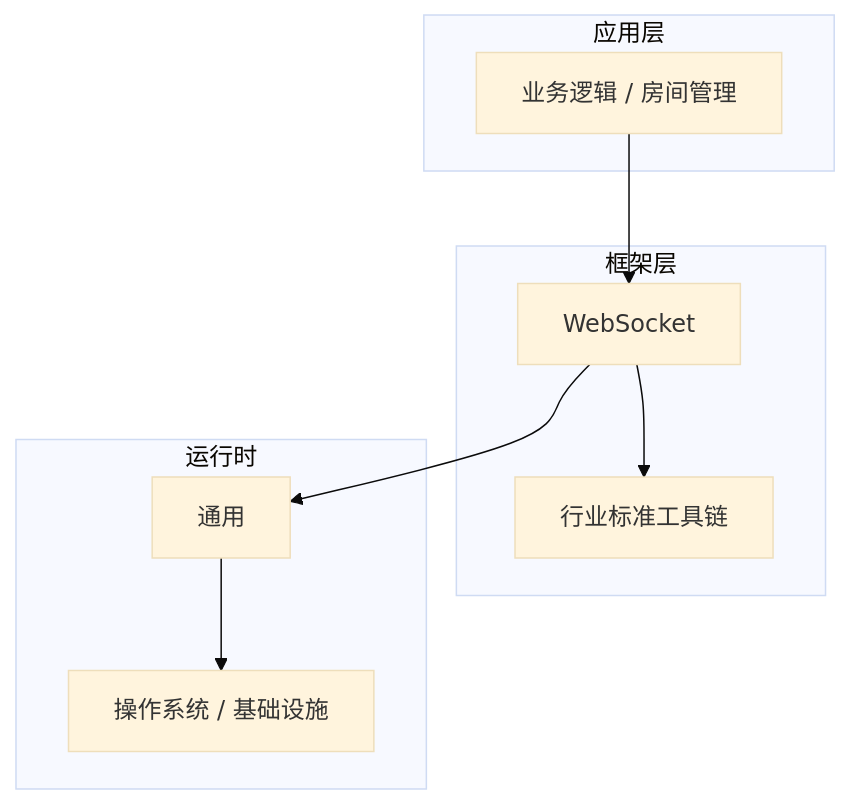
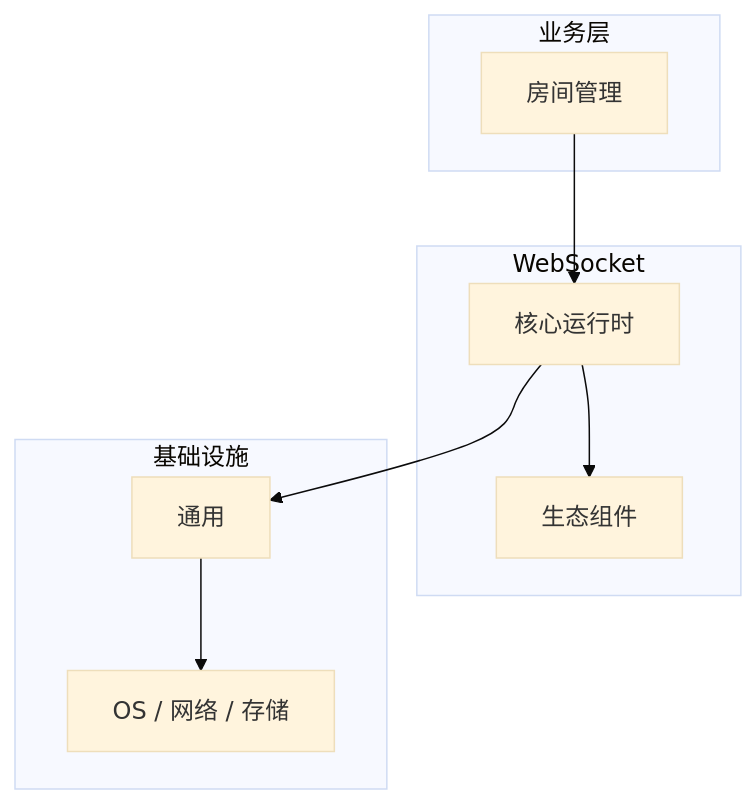
The diagram in articles/WebSocket/chapters/036-房间管理核心概念与原理.md (yanggan2015/knowledge-json-v2), drawn with Mermaid (base theme) before and after one commit. The commit also changed other lines of this file and 10127 other files, not shown here.

````diff
--- a/articles/WebSocket/chapters/036-房间管理核心概念与原理.md
+++ b/articles/WebSocket/chapters/036-房间管理核心概念与原理.md
@@ -45,18 +34,18 @@
 ```mermaid
 graph TB
-    subgraph 应用层
-        A[业务逻辑 / 房间管理]
+    subgraph 业务层
+        A[房间管理]
     end
-    subgraph 框架层
-        B[WebSocket]
-        C[行业标准工具链]
+    subgraph WebSocket
+        B[核心运行时]
+        C[生态组件]
     end
-    subgraph 运行时
+    subgraph 基础设施
         D[通用]
-        E[操作系统 / 基础设施]
+        E[OS / 网络 / 存储]
     end
     A --> B
     B --> C
     B --> D
     D --> E
 ```
````
